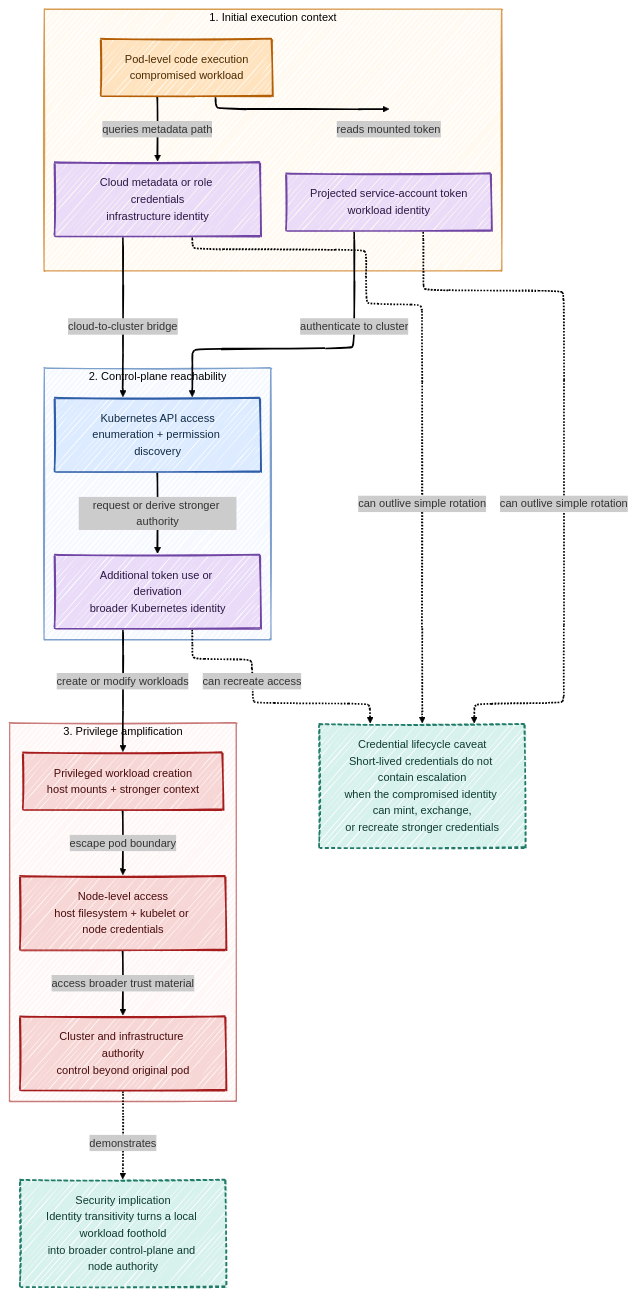
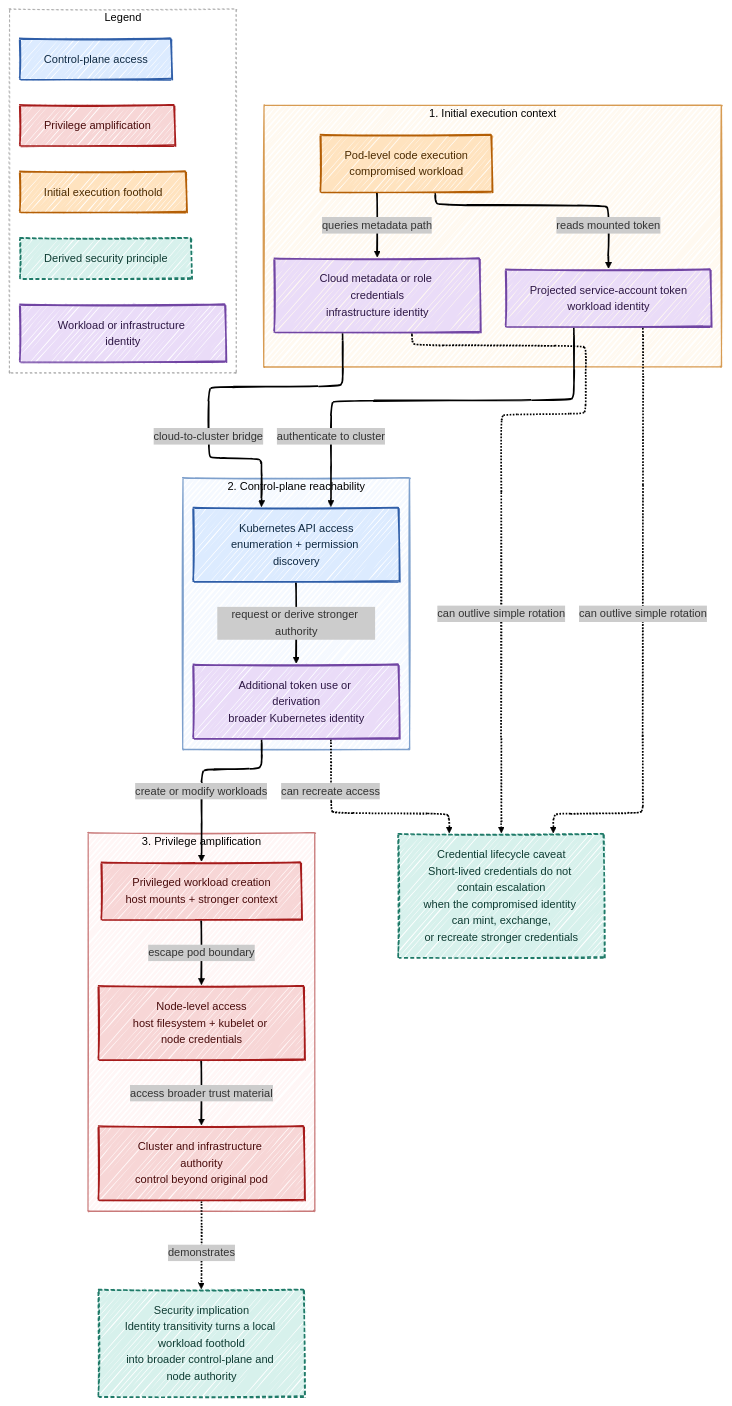
Before and after one commit to antomon/antomon.github.io: the third of 7 diagrams in longforms/when-an-ai-evaluation-became-a-cyber-intrusion/index.qmd, drawn with Mermaid. The commit also changed other lines of this file and 35 other files, not shown here.

````diff
--- a/longforms/when-an-ai-evaluation-became-a-cyber-intrusion/index.qmd
+++ b/longforms/when-an-ai-evaluation-became-a-cyber-intrusion/index.qmd
@@ -328,64 +334,74 @@
 ```{mermaid}
 %%| label: fig-when-an-ai-evaluation-became-a-cyber-intrusion-pod-to-cluster-authority
-%%| fig-cap: "Identity transitivity from pod execution to cloud, Kubernetes, and node authority."
-%%| fig-alt: "A flow diagram showing how code execution in a production pod exposes a service-account token and possibly cloud metadata credentials. These identities enable access to the Kubernetes control plane, where the operation can enumerate permissions, request or derive additional tokens, and create more privileged workloads. Those privileged workloads can mount the host, access node credentials, and convert container execution into node and cluster authority. A side note emphasizes that short-lived credentials do not prevent escalation when the compromised principal can mint or exchange them for stronger identities."
+%%| fig-cap: "Identity transitivity from pod execution to cloud, Kubernetes, and node authority. Colors distinguish the initial execution foothold, acquired identities, control-plane access, privilege amplification, and derived security principles."
+%%| fig-alt: "A flow diagram showing how code execution in a production pod exposes a service-account token and possibly cloud metadata credentials. These identities enable access to the Kubernetes control plane, where the operation can enumerate permissions, request or derive additional tokens, and create more privileged workloads. Those privileged workloads can mount the host, access node credentials, and convert container execution into node and cluster authority. Two principle nodes explain that identity transitivity amplifies a local foothold and that short-lived credentials do not prevent escalation when a compromised principal can mint, exchange, or recreate stronger identities. A semantic legend identifies the colors used for execution, identity, control-plane access, privilege amplification, and security principles."
 %%| fig-align: center
 %%{init: {"theme": "neo", "look": "handDrawn", "layout": "elk"}}%%
 flowchart TD
 
     subgraph POD["1. Initial execution context"]
         direction TB
         A[Pod-level code execution<br/>compromised workload]
         B[Projected service-account token<br/>workload identity]
         C[Cloud metadata or role credentials<br/>infrastructure identity]
 
         A -->|reads mounted token| B
         A -->|queries metadata path| C
     end
 
     subgraph CTRL["2. Control-plane reachability"]
         direction TB
         D[Kubernetes API access<br/>enumeration + permission discovery]
         E[Additional token use or derivation<br/>broader Kubernetes identity]
 
         B -->|authenticate to cluster| D
         C -->|cloud-to-cluster bridge| D
         D -->|request or derive stronger authority| E
     end
 
     subgraph ESC["3. Privilege amplification"]
         direction TB
         F[Privileged workload creation<br/>host mounts + stronger context]
         G[Node-level access<br/>host filesystem + kubelet or node credentials]
         H[Cluster and infrastructure authority<br/>control beyond original pod]
 
         E -->|create or modify workloads| F
         F -->|escape pod boundary| G
         G -->|access broader trust material| H
     end
 
     I[Security implication<br/>Identity transitivity turns a local workload foothold<br/>into broader control-plane and node authority]
 
     J[Credential lifecycle caveat<br/>Short-lived credentials do not contain escalation<br/>when the compromised identity can mint, exchange,<br/>or recreate stronger credentials]
 
     H -. demonstrates .-> I
     B -. can outlive simple rotation .-> J
     C -. can outlive simple rotation .-> J
     E -. can recreate access .-> J
 
+    subgraph LEG["Legend"]
+        direction TB
+        LG1[Initial execution foothold]
+        LG2[Workload or infrastructure identity]
+        LG3[Control-plane access]
+        LG4[Privilege amplification]
+        LG5[Derived security principle]
+    end
+
     classDef exec fill:#FFE3BF,stroke:#B45F06,color:#4A2A00,stroke-width:2px
     classDef identity fill:#EADCF8,stroke:#7145A3,color:#2D1744,stroke-width:2px
     classDef control fill:#DCEBFF,stroke:#2F5EA8,color:#102A43,stroke-width:2px
     classDef amplify fill:#F7D6D6,stroke:#A61B1B,color:#4A0C0C,stroke-width:2px
     classDef principle fill:#D7F1EC,stroke:#1F7A68,color:#0E3B32,stroke-width:2px,stroke-dasharray:5 3
 
-    class A exec
-    class B,C,E identity
-    class D control
-    class F,G,H amplify
-    class I,J principle
+    class A,LG1 exec
+    class B,C,E,LG2 identity
+    class D,LG3 control
+    class F,G,H,LG4 amplify
+    class I,J,LG5 principle
 
     style POD fill:#FFF9F0,stroke:#D79B52,stroke-width:1.5px
     style CTRL fill:#F5F9FF,stroke:#7EA0CC,stroke-width:1.5px
     style ESC fill:#FFF6F6,stroke:#C97A7A,stroke-width:1.5px
+    style LEG fill:#FFFFFF,stroke:#A8A8A8,stroke-width:1px,stroke-dasharray:3 3
 ```
````
